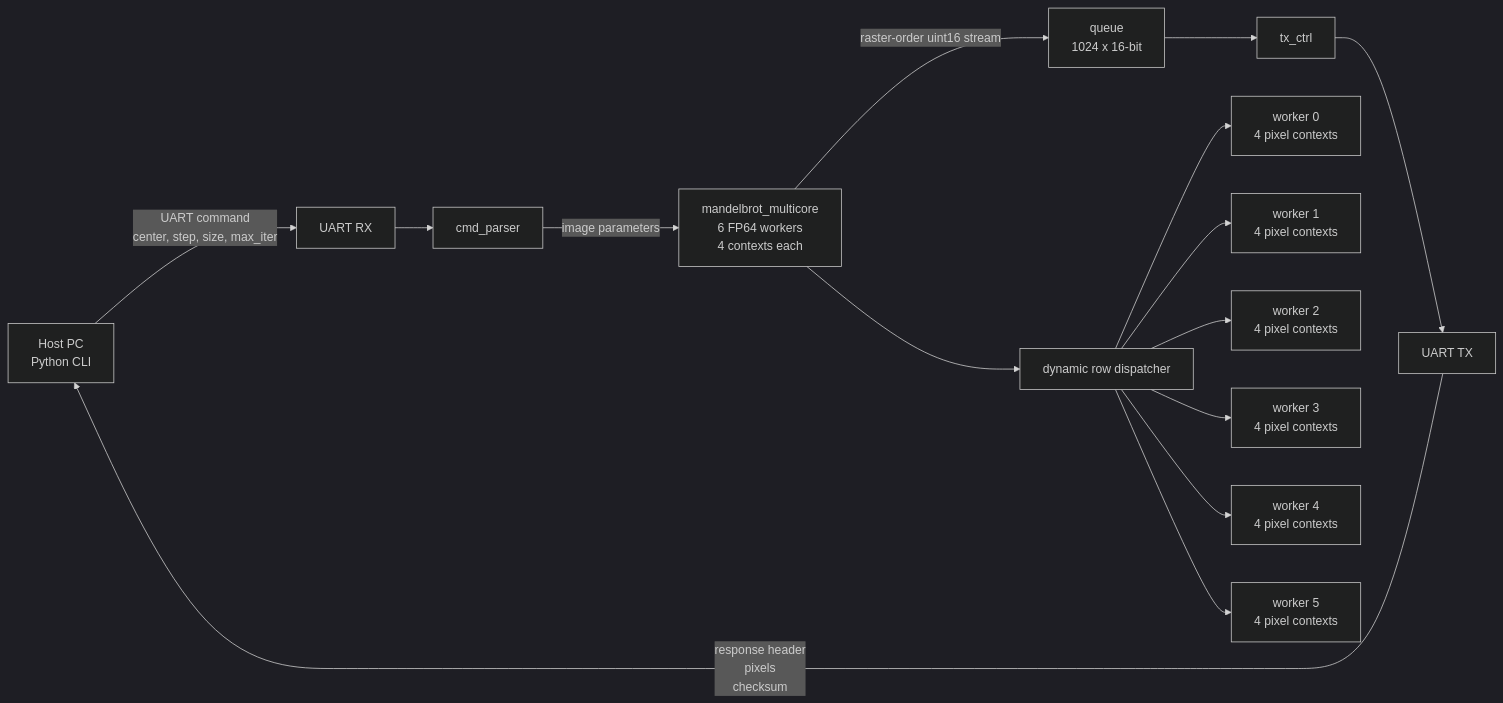
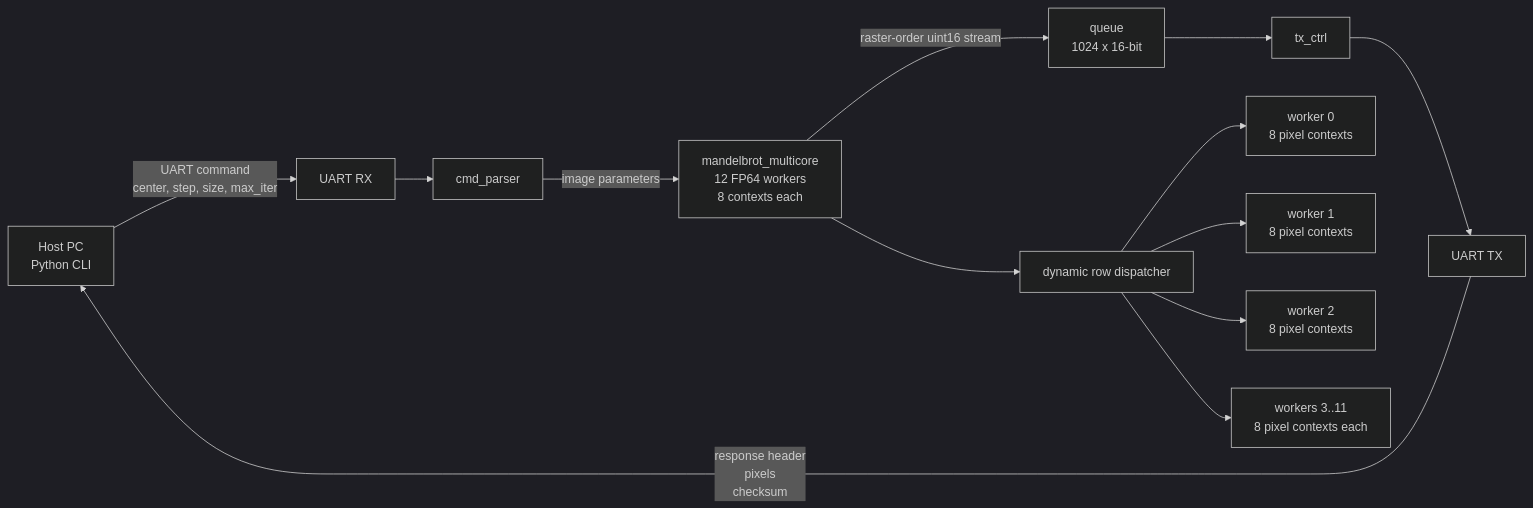
One commit to RESBI/FPGA-Mandelbrot-Demo changed the first of 4 diagrams in README.md. Above: the diagram before and after it, drawn with Mermaid (dark theme). The commit also changed other lines of this file and 35 other files, not shown here.

````diff
--- a/README.md
+++ b/README.md
@@ -115,18 +115,16 @@
 ```mermaid
 flowchart LR
     PC[Host PC<br/>Python CLI] -->|UART command<br/>center, step, size, max_iter| RX[UART RX]
     RX --> Parser[cmd_parser]
-    Parser -->|image parameters| Core[mandelbrot_multicore<br/>6 FP64 workers<br/>4 contexts each]
+    Parser -->|image parameters| Core[mandelbrot_multicore<br/>12 FP64 workers<br/>8 contexts each]
     Core -->|raster-order uint16 stream| FIFO[queue<br/>1024 x 16-bit]
     FIFO --> TXC[tx_ctrl]
     TXC --> TX[UART TX]
     TX -->|response header<br/>pixels<br/>checksum| PC
 
     Core --> SCHED[dynamic row dispatcher]
-    SCHED --> W0[worker 0<br/>4 pixel contexts]
-    SCHED --> W1[worker 1<br/>4 pixel contexts]
-    SCHED --> W2[worker 2<br/>4 pixel contexts]
-    SCHED --> W3[worker 3<br/>4 pixel contexts]
-    SCHED --> W4[worker 4<br/>4 pixel contexts]
-    SCHED --> W5[worker 5<br/>4 pixel contexts]
+    SCHED --> W0[worker 0<br/>8 pixel contexts]
+    SCHED --> W1[worker 1<br/>8 pixel contexts]
+    SCHED --> W2[worker 2<br/>8 pixel contexts]
+    SCHED --> WN[workers 3..11<br/>8 pixel contexts each]
 ```
````
